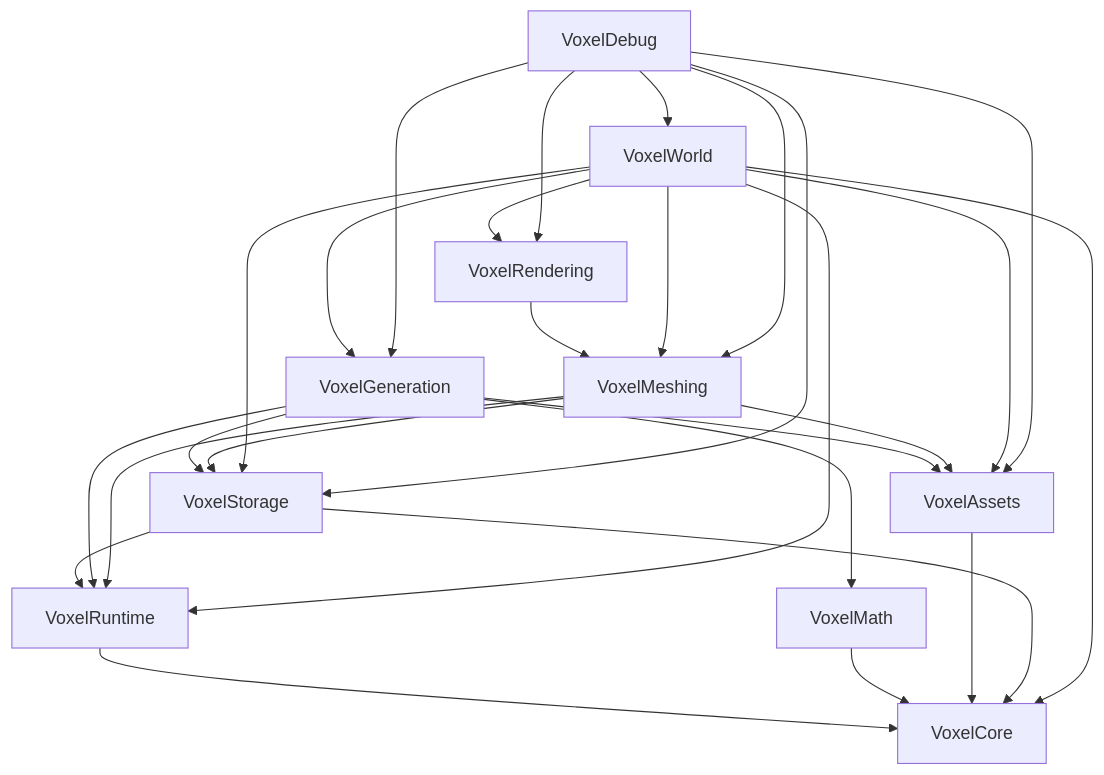
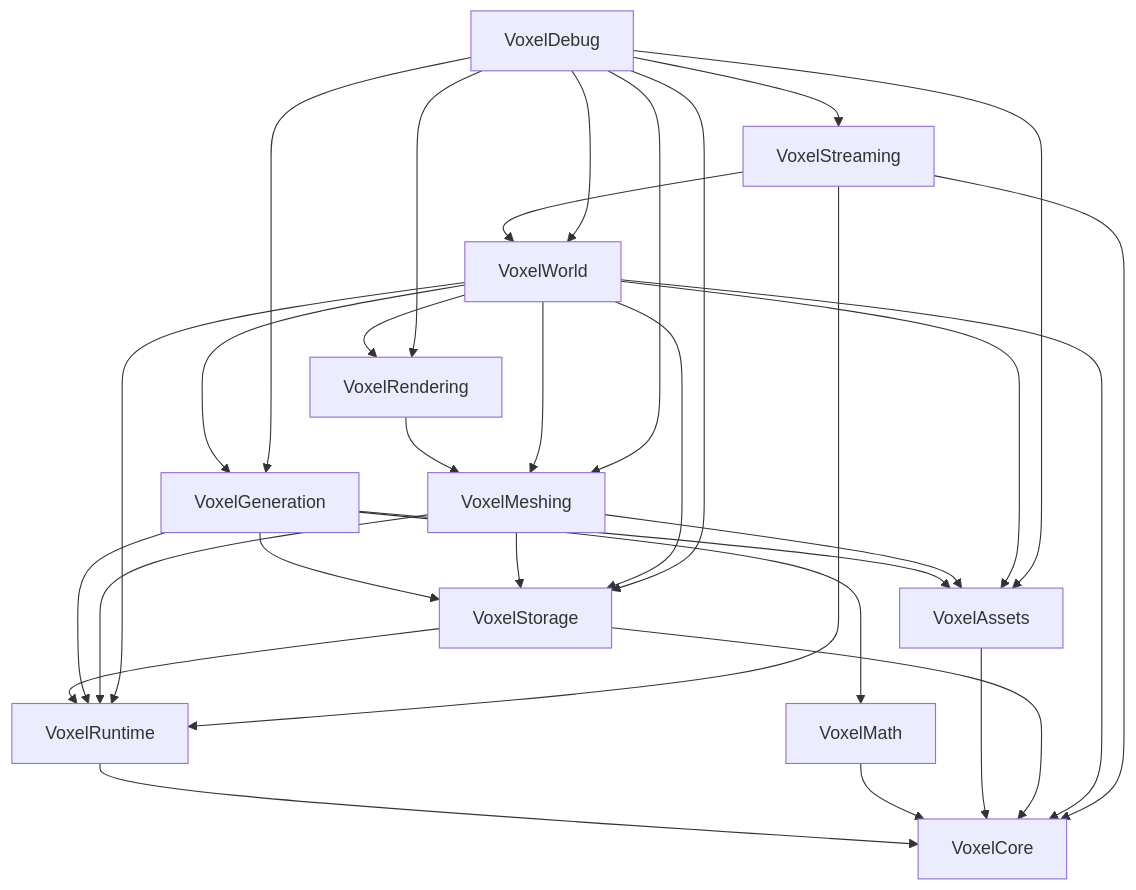
One commit to Jaiminsinh-Dodiya/VoxelFramework-UE5 changed the diagram in README.md. Above: the diagram before and after it, drawn with Mermaid. The commit also changed other lines of this file, not shown here.

Commit message:
Docs: update README.md for VoxelFramework 2.1.0 production candidate release

````diff
--- a/README.md
+++ b/README.md
@@ -46,34 +31,39 @@
 ```mermaid
 graph TD;
     VoxelRuntime --> VoxelCore;
     VoxelMath --> VoxelCore;
     VoxelAssets --> VoxelCore;
     VoxelStorage --> VoxelCore;
     VoxelStorage --> VoxelRuntime;
     
     VoxelGeneration --> VoxelMath;
     VoxelGeneration --> VoxelAssets;
     VoxelGeneration --> VoxelStorage;
     VoxelGeneration --> VoxelRuntime;
     
     VoxelMeshing --> VoxelStorage;
     VoxelMeshing --> VoxelAssets;
     VoxelMeshing --> VoxelRuntime;
     
     VoxelRendering --> VoxelMeshing;
     
     VoxelWorld --> VoxelCore;
     VoxelWorld --> VoxelRuntime;
     VoxelWorld --> VoxelAssets;
     VoxelWorld --> VoxelStorage;
     VoxelWorld --> VoxelGeneration;
     VoxelWorld --> VoxelMeshing;
     VoxelWorld --> VoxelRendering;
+
+    VoxelStreaming --> VoxelCore;
+    VoxelStreaming --> VoxelRuntime;
+    VoxelStreaming --> VoxelWorld;
     
     VoxelDebug --> VoxelGeneration;
     VoxelDebug --> VoxelMeshing;
     VoxelDebug --> VoxelStorage;
     VoxelDebug --> VoxelAssets;
     VoxelDebug --> VoxelRendering;
     VoxelDebug --> VoxelWorld;
+    VoxelDebug --> VoxelStreaming;
 ```
````
